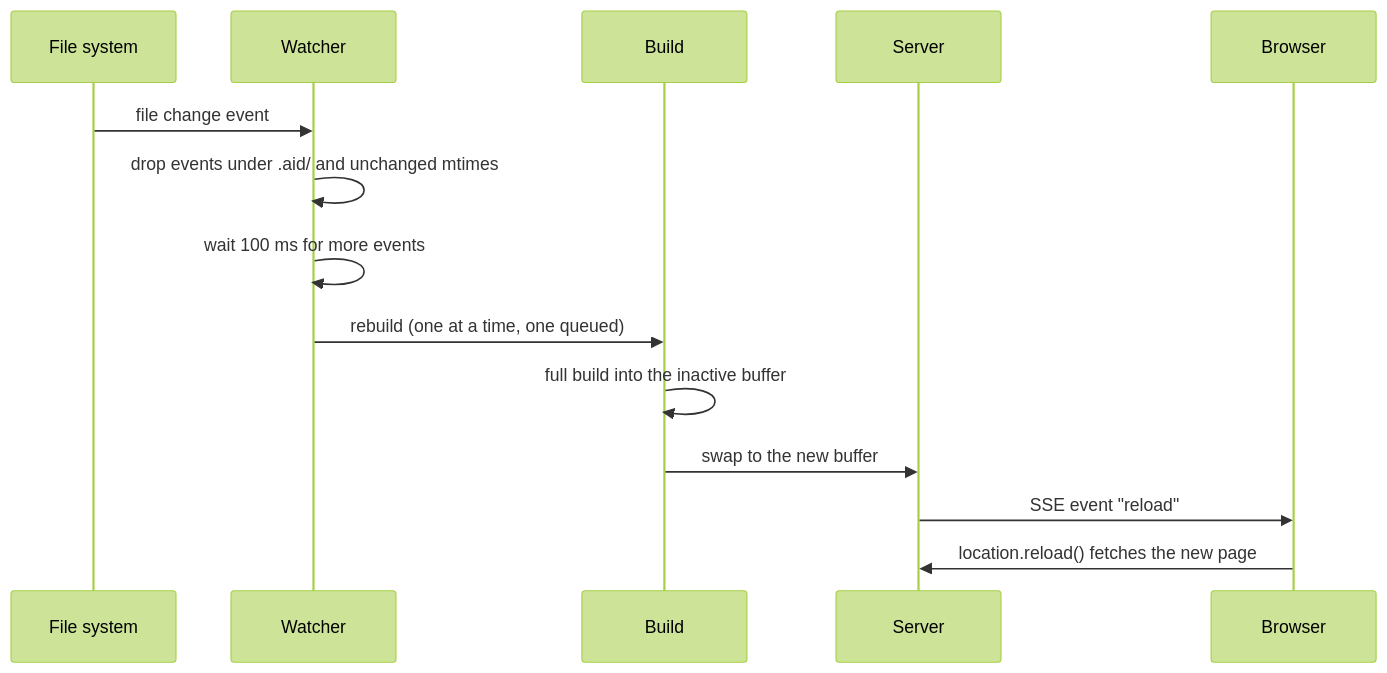
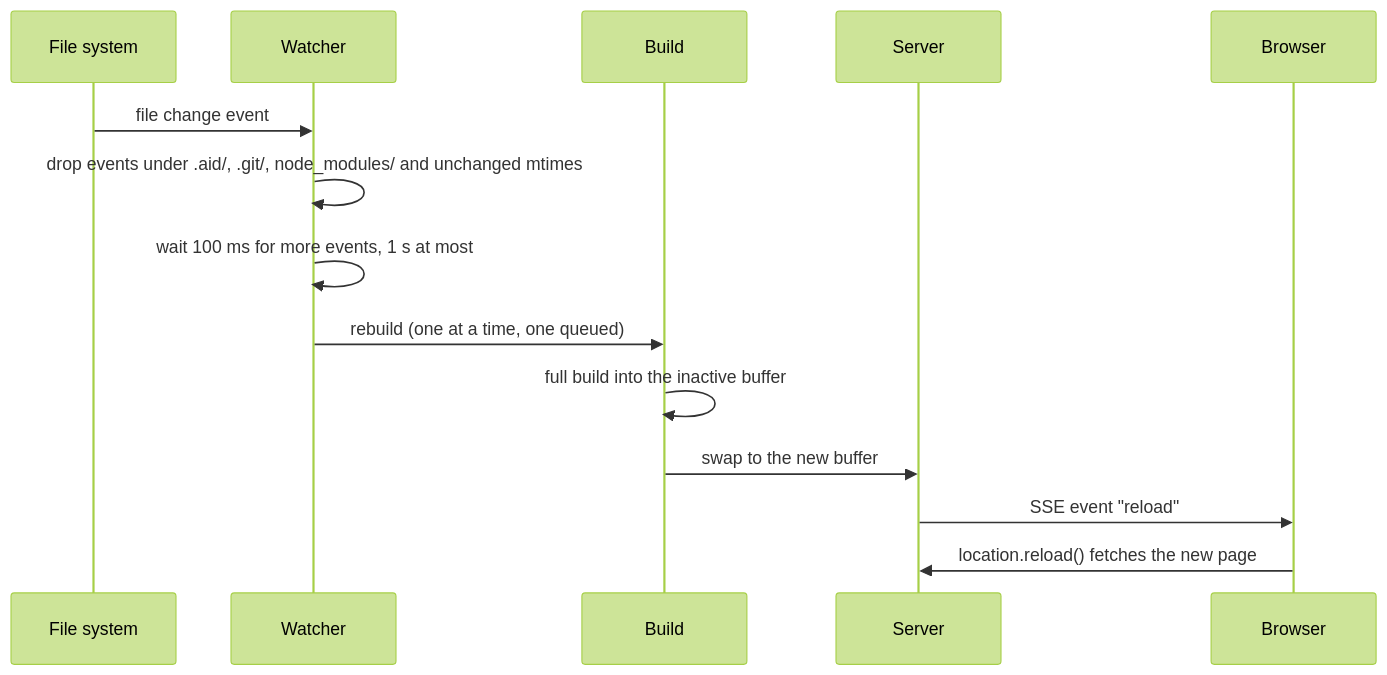
Before and after one commit to Shikachuu/aid: the diagram in site/docs/dev-server/index.md, drawn with Mermaid (forest theme). The commit also changed other lines of this file and 19 other files, not shown here.

````diff
--- a/site/docs/dev-server/index.md
+++ b/site/docs/dev-server/index.md
@@ -47,16 +47,16 @@
 ```mermaid
 sequenceDiagram
   participant FS as File system
   participant W as Watcher
   participant B as Build
   participant S as Server
   participant Br as Browser
   FS->>W: file change event
-  W->>W: drop events under .aid/ and unchanged mtimes
-  W->>W: wait 100 ms for more events
+  W->>W: drop events under .aid/, .git/, node_modules/ and unchanged mtimes
+  W->>W: wait 100 ms for more events, 1 s at most
   W->>B: rebuild (one at a time, one queued)
   B->>B: full build into the inactive buffer
   B->>S: swap to the new buffer
   S->>Br: SSE event "reload"
   Br->>S: location.reload() fetches the new page
 ```
````
